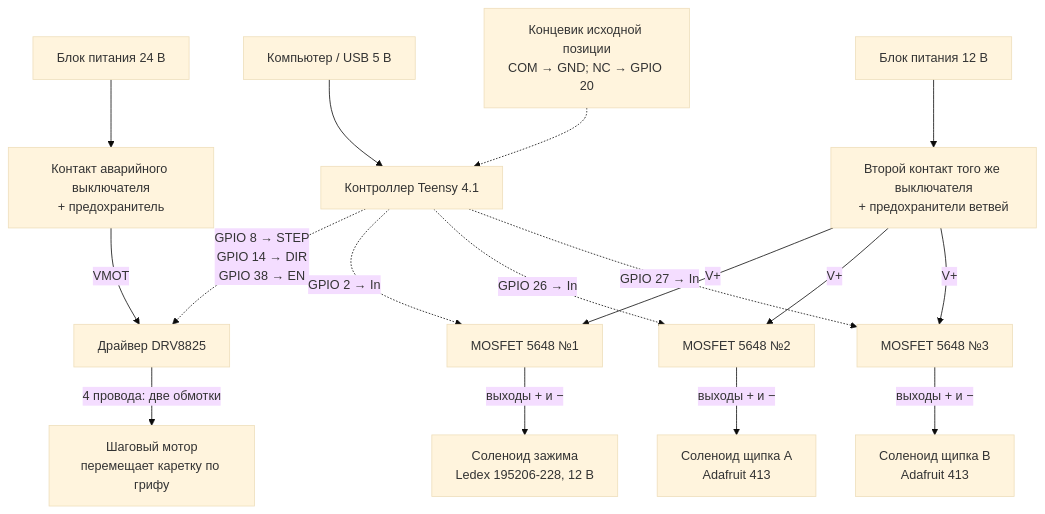
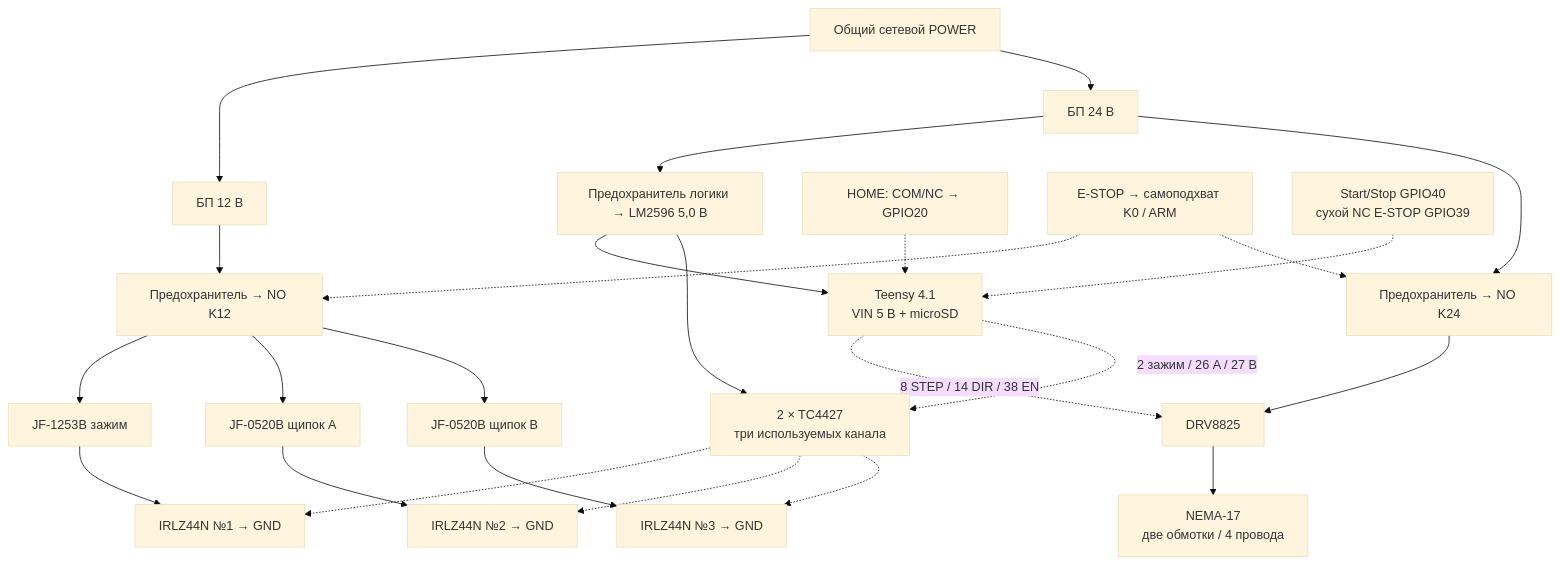
One commit to kovalevm2207/Self-Playing_Guitar changed the diagram in docs/single-string-wiring-ru.md. Above: the diagram before and after it, drawn with Mermaid (base theme). The commit also changed other lines of this file and 2 other files, not shown here.

````diff
--- a/docs/single-string-wiring-ru.md
+++ b/docs/single-string-wiring-ru.md
@@ -7,25 +9,27 @@
 ```mermaid
 flowchart TB
-    PC["Компьютер / USB 5 В"] --> T["Контроллер Teensy 4.1"]
-
-    P24["Блок питания 24 В"] --> S24["Контакт аварийного выключателя<br/>+ предохранитель"]
-    P12["Блок питания 12 В"] --> S12["Второй контакт того же выключателя<br/>+ предохранители ветвей"]
-
-    S24 -->|"VMOT"| D["Драйвер DRV8825"]
-    D -->|"4 провода: две обмотки"| M["Шаговый мотор<br/>перемещает каретку по грифу"]
-    T -.->|"GPIO 8 → STEP<br/>GPIO 14 → DIR<br/>GPIO 38 → EN"| D
-
-    S12 -->|"V+"| K1["MOSFET 5648 №1"]
-    S12 -->|"V+"| K2["MOSFET 5648 №2"]
-    S12 -->|"V+"| K3["MOSFET 5648 №3"]
-
-    T -.->|"GPIO 2 → In"| K1
-    T -.->|"GPIO 26 → In"| K2
-    T -.->|"GPIO 27 → In"| K3
-
-    K1 -->|"выходы + и −"| C["Соленоид зажима<br/>Ledex 195206-228, 12 В"]
-    K2 -->|"выходы + и −"| A["Соленоид щипка A<br/>Adafruit 413"]
-    K3 -->|"выходы + и −"| B["Соленоид щипка B<br/>Adafruit 413"]
-
-    H["Концевик исходной позиции<br/>COM → GND; NC → GPIO 20"] -.-> T
+  W["Общий сетевой POWER"] --> P12["БП 12 В"]
+  W --> P24["БП 24 В"]
+  P24 --> DC["Предохранитель логики → LM2596 5,0 В"]
+  DC --> T["Teensy 4.1<br/>VIN 5 В + microSD"]
+  DC --> G["2 × TC4427<br/>три используемых канала"]
+  P24 --> K24["Предохранитель → NO K24"]
+  K24 --> D["DRV8825"]
+  D --> M["NEMA-17<br/>две обмотки / 4 провода"]
+  T -.->|"8 STEP / 14 DIR / 38 EN"| D
+  P12 --> K12["Предохранитель → NO K12"]
+  K12 --> C["JF-1253B зажим"]
+  K12 --> A["JF-0520B щипок A"]
+  K12 --> B["JF-0520B щипок B"]
+  C --> Q1["IRLZ44N №1 → GND"]
+  A --> Q2["IRLZ44N №2 → GND"]
+  B --> Q3["IRLZ44N №3 → GND"]
+  T -.->|"2 зажим / 26 A / 27 B"| G
+  G -.-> Q1
+  G -.-> Q2
+  G -.-> Q3
+  H["HOME: COM/NC → GPIO20"] -.-> T
+  S["E-STOP → самоподхват K0 / ARM"] -.-> K12
+  S -.-> K24
+  BTN["Start/Stop GPIO40<br/>сухой NC E-STOP GPIO39"] -.-> T
 ```
````
